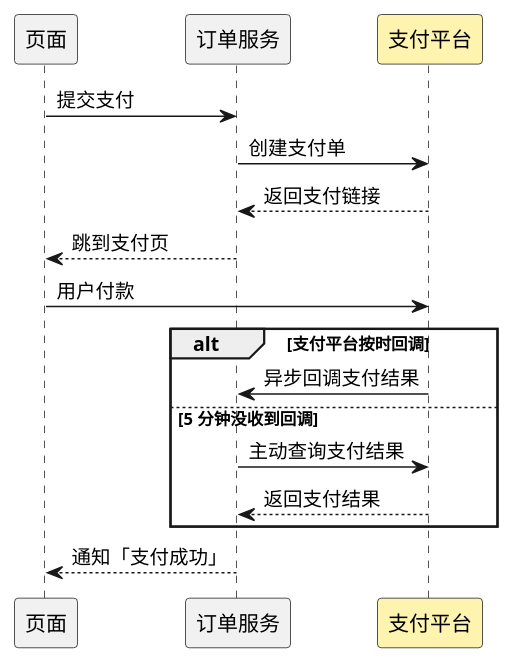
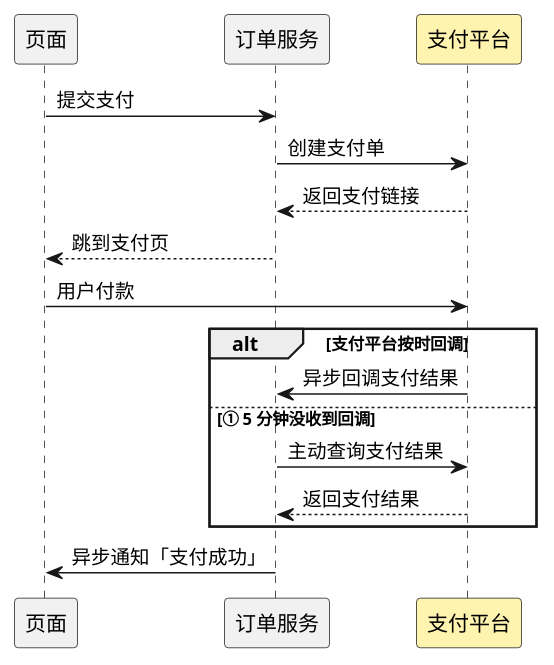
The fifth of 6 diagrams in assets/claude-template/skills/dev-clarify/references/功能点配图.md (smdnkB/cgraphx), drawn with PlantUML before and after one commit. The commit also changed other lines of this file and 8 other files, not shown here.

First line of the commit message:
fix(skills): 按审查修功能点配图——样例图+编号规则+讨论稿接着改+测试从图派生

````diff
--- a/assets/claude-template/skills/dev-clarify/references/功能点配图.md
+++ b/assets/claude-template/skills/dev-clarify/references/功能点配图.md
@@ -316,31 +325,31 @@
 ```plantuml
 @startuml
 skinparam backgroundColor #FFFFFF
 skinparam ArrowColor #181818
 skinparam sequence {
   LifeLineBorderColor #181818
   ParticipantBackgroundColor #F1F1F1
   ParticipantBorderColor #181818
   ActorBackgroundColor #F1F1F1
   ActorBorderColor #181818
   GroupBorderColor #181818
 }
 
 participant "页面" as page
 participant "订单服务" as svc
 participant "支付平台" as pay #FFF3B0
 
 page -> svc : 提交支付
 svc -> pay : 创建支付单
 pay --> svc : 返回支付链接
 svc --> page : 跳到支付页
 page -> pay : 用户付款
 alt 支付平台按时回调
   pay -> svc : 异步回调支付结果
-else 5 分钟没收到回调
+else ① 5 分钟没收到回调
   svc -> pay : 主动查询支付结果
   pay --> svc : 返回支付结果
 end
-svc --> page : 通知「支付成功」
+svc -> page : 异步通知「支付成功」
 @enduml
 ```
````
